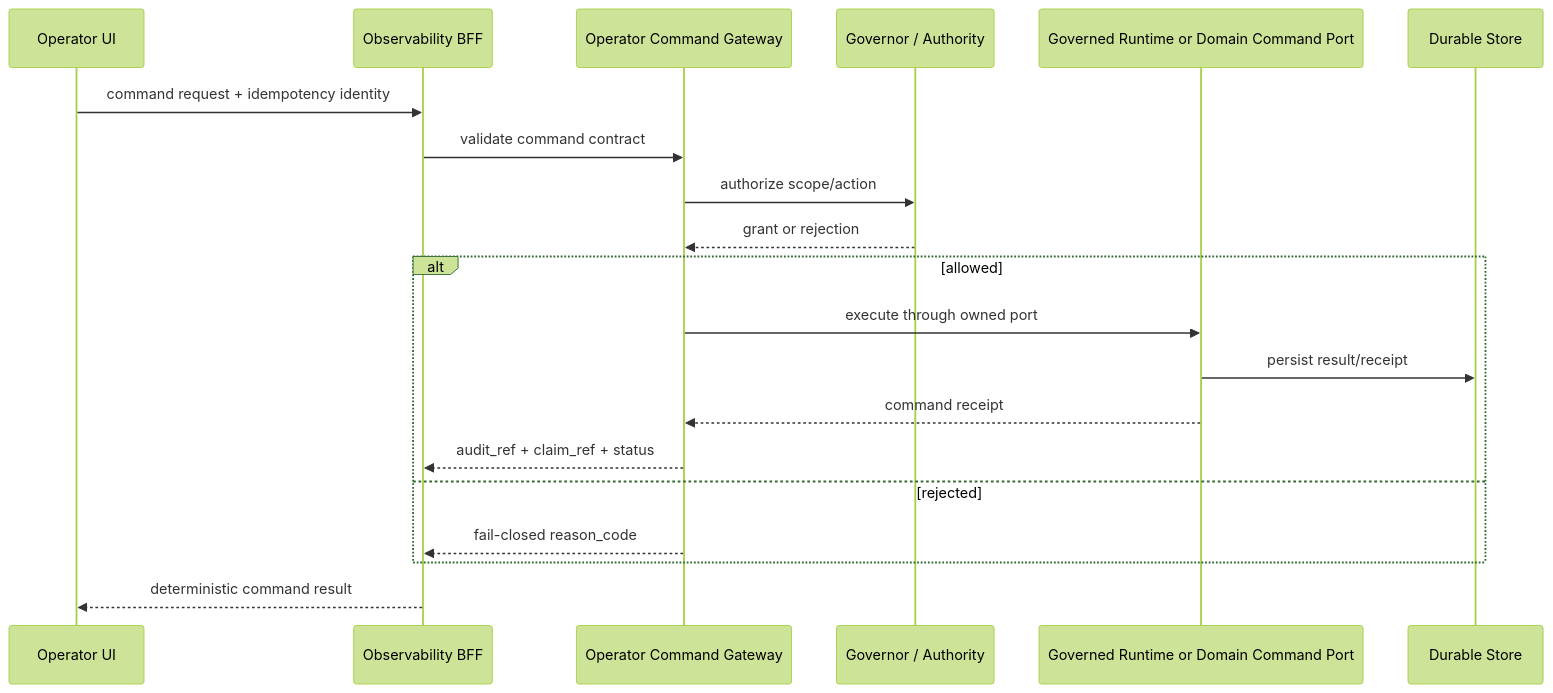
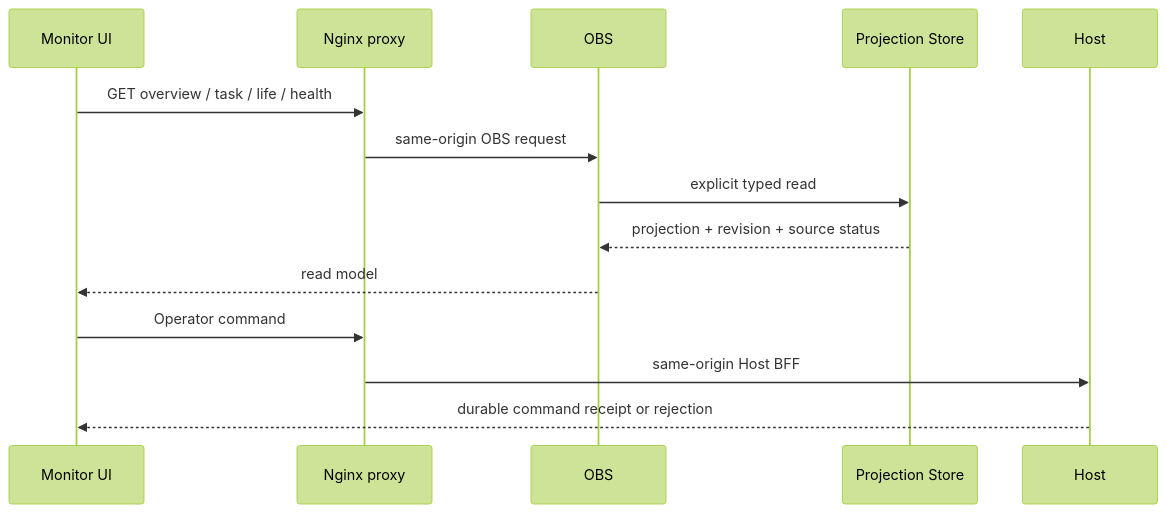
One commit to SakuraYoruno/Natsume_Ai changed the second of 4 diagrams in docs/50_project/arch/diagrams/07_observability_topology.md. Above: the diagram before and after it, drawn with Mermaid (forest theme). The commit also changed other lines of this file, not shown here.

First line of the commit message:
文档：同步观测拓扑与 Monitor 读模型 (#208)

````diff
--- a/docs/50_project/arch/diagrams/07_observability_topology.md
+++ b/docs/50_project/arch/diagrams/07_observability_topology.md
@@ -60,23 +61,17 @@
 ```mermaid
 sequenceDiagram
-    participant U as Operator UI
-    participant O as Observability BFF
-    participant C as Operator Command Gateway
-    participant G as Governor / Authority
-    participant R as Governed Runtime or Domain Command Port
-    participant S as Durable Store
+    participant M as Monitor UI
+    participant N as Nginx proxy
+    participant O as OBS
+    participant P as Projection Store
+    participant H as Host
 
-    U->>O: command request + idempotency identity
-    O->>C: validate command contract
-    C->>G: authorize scope/action
-    G-->>C: grant or rejection
-    alt allowed
-        C->>R: execute through owned port
-        R->>S: persist result/receipt
-        R-->>C: command receipt
-        C-->>O: audit_ref + claim_ref + status
-    else rejected
-        C-->>O: fail-closed reason_code
-    end
-    O-->>U: deterministic command result
+    M->>N: GET overview / task / life / health
+    N->>O: same-origin OBS request
+    O->>P: explicit typed read
+    P-->>O: projection + revision + source status
+    O-->>M: read model
+    M->>N: Operator command
+    N->>H: same-origin Host BFF
+    H-->>M: durable command receipt or rejection
 ```
````
